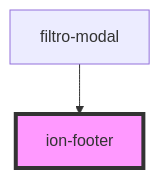
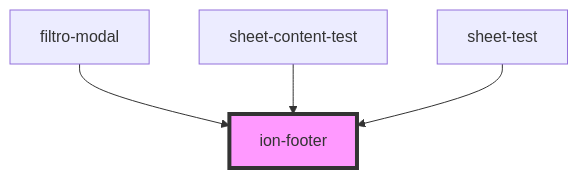
One commit to MEDGRUPOGIT/ionic-framework-1 changed the diagram in core/src/components/footer/readme.md. Above: the diagram before and after it, drawn with Mermaid. The commit also changed other lines of this file and 70 other files, not shown here.

````diff
--- a/core/src/components/footer/readme.md
+++ b/core/src/components/footer/readme.md
@@ -137,5 +139,7 @@
 ```mermaid
 graph TD;
   filtro-modal --> ion-footer
+  sheet-content-test --> ion-footer
+  sheet-test --> ion-footer
   style ion-footer fill:#f9f,stroke:#333,stroke-width:4px
 ```
````
